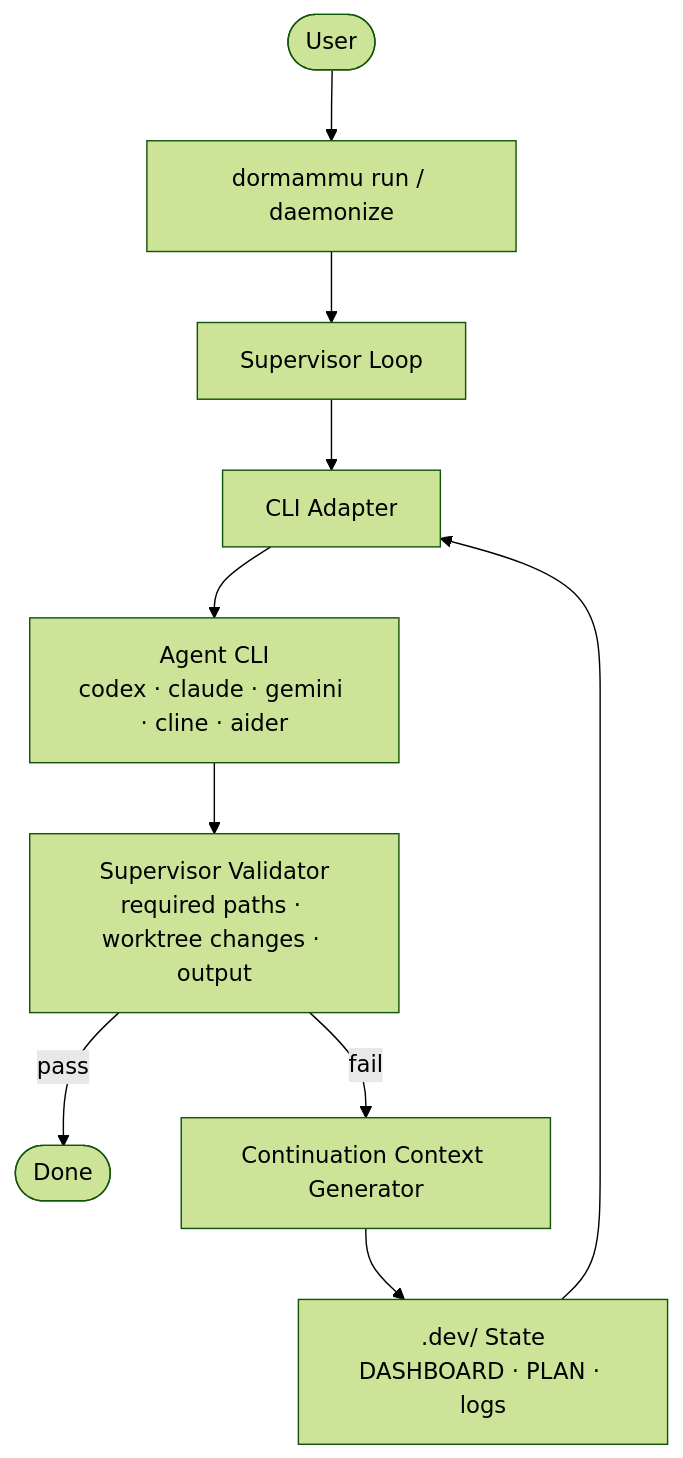
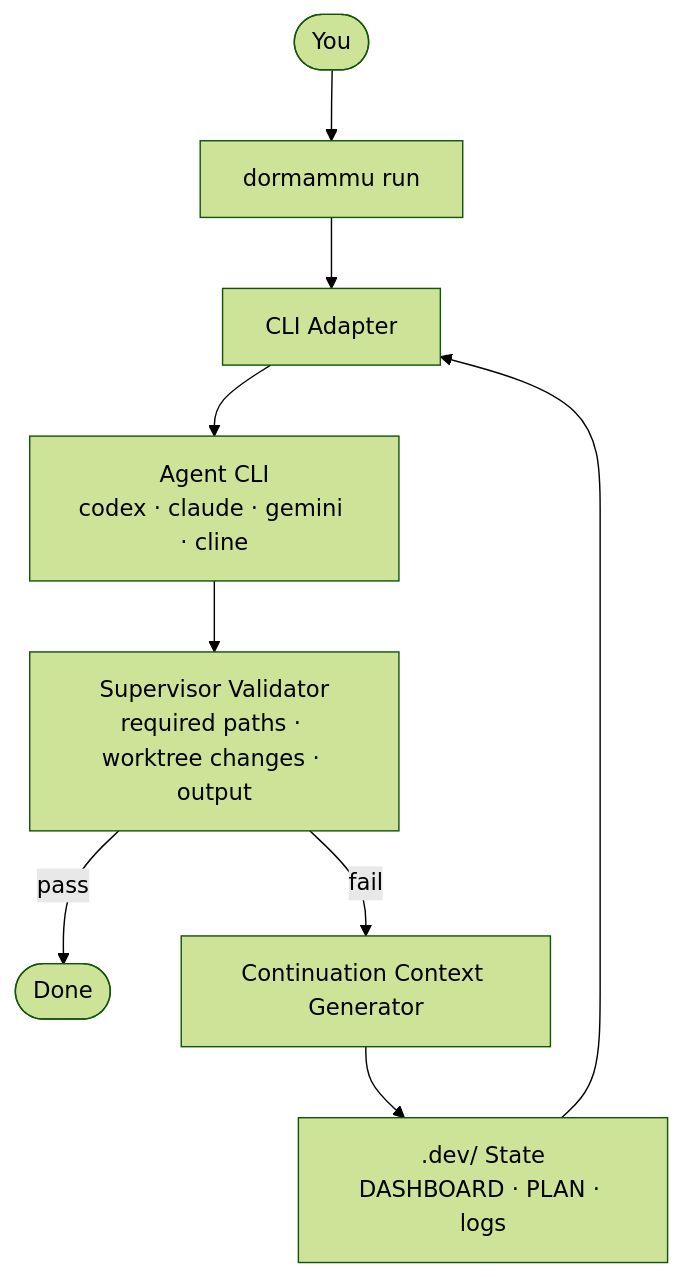
One commit to hjhun/dormammu changed the first of 3 diagrams in README.md. Above: the diagram before and after it, drawn with Mermaid (forest theme). The commit also changed other lines of this file and 14 other files, not shown here.

````diff
--- a/README.md
+++ b/README.md
@@ -75,12 +94,11 @@
 ```mermaid
 flowchart TD
-    User([User]) --> cmd["dormammu run / daemonize"]
-    cmd --> loop[Supervisor Loop]
-    loop --> adapter[CLI Adapter]
-    adapter --> agent["Agent CLI<br/>codex · claude · gemini · cline · aider"]
+    you([You]) --> cmd["dormammu run"]
+    cmd --> adapter[CLI Adapter]
+    adapter --> agent["Agent CLI<br/>codex · claude · gemini · cline"]
     agent --> validator["Supervisor Validator<br/>required paths · worktree changes · output"]
     validator -- pass --> done([Done])
     validator -- fail --> cont[Continuation Context Generator]
     cont --> state[".dev/ State<br/>DASHBOARD · PLAN · logs"]
     state --> adapter
 ```
````
